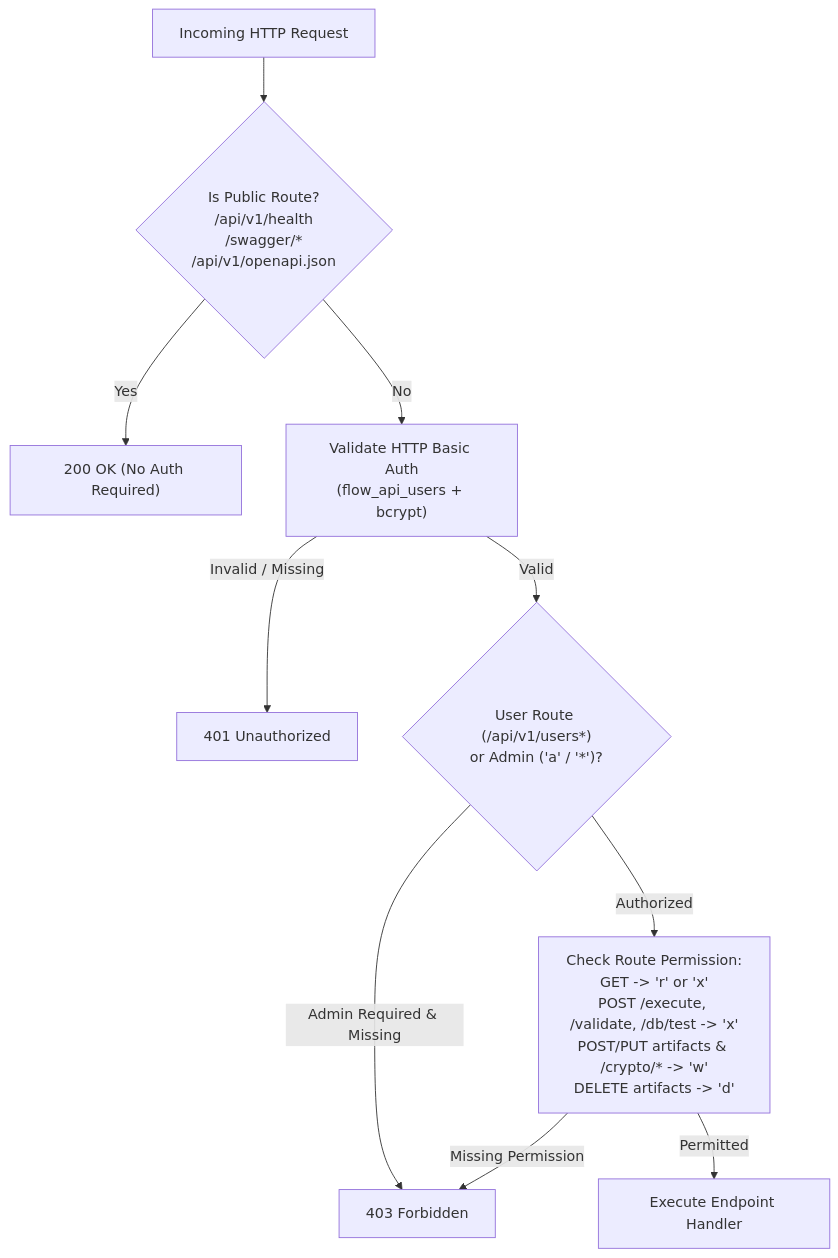
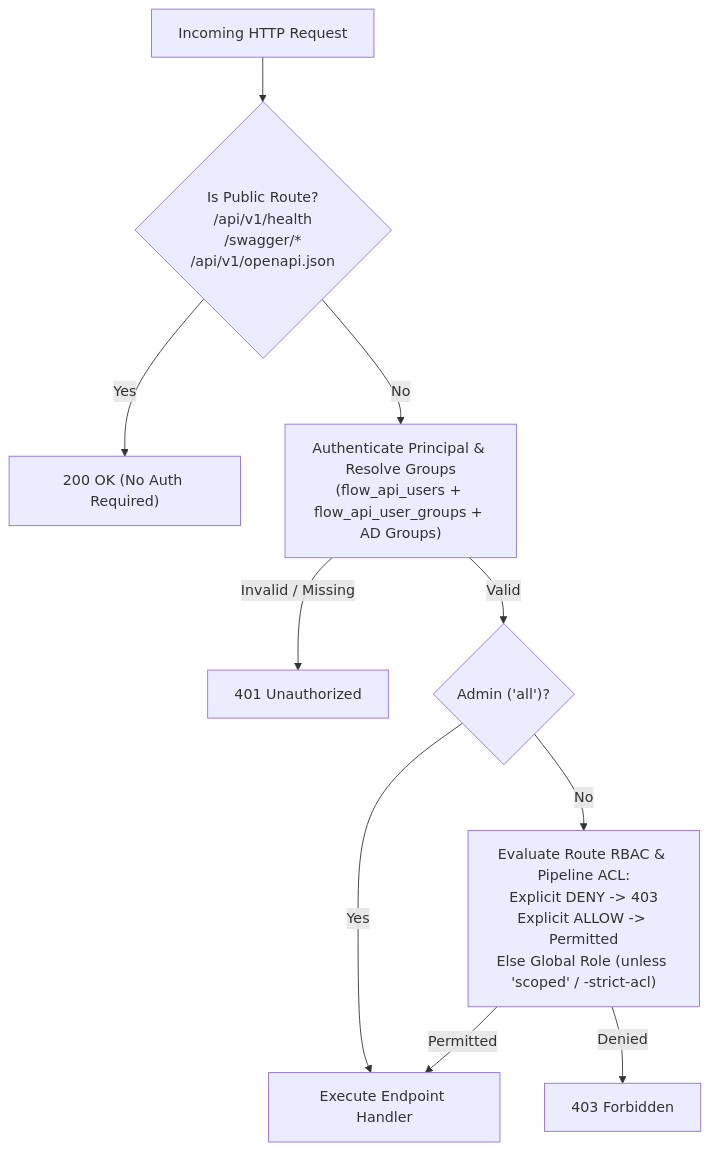
One commit to etl-madness/go-flowAPI changed the fifth of 6 diagrams in docs/index.md. Above: the diagram before and after it, drawn with Mermaid. The commit also changed other lines of this file and 16 other files, not shown here.

````diff
--- a/docs/index.md
+++ b/docs/index.md
@@ -252,12 +255,12 @@
 ```mermaid
 flowchart TD
     Req["Incoming HTTP Request"] --> Public{"Is Public Route?\n/api/v1/health\n/swagger/*\n/api/v1/openapi.json"}
     Public -- "Yes" --> Allow["200 OK (No Auth Required)"]
-    Public -- "No" --> Basic["Validate HTTP Basic Auth\n(flow_api_users + bcrypt)"]
+    Public -- "No" --> Basic["Authenticate Principal & Resolve Groups\n(flow_api_users + flow_api_user_groups + AD Groups)"]
     Basic -- "Invalid / Missing" --> Deny401["401 Unauthorized"]
-    Basic -- "Valid" --> AdminCheck{"User Route (/api/v1/users*)\nor Admin ('a' / '*')?"}
-    AdminCheck -- "Admin Required & Missing" --> Deny403["403 Forbidden"]
-    AdminCheck -- "Authorized" --> MethodPerm["Check Route Permission:\nGET -> 'r' or 'x'\nPOST /execute, /validate, /db/test -> 'x'\nPOST/PUT artifacts & /crypto/* -> 'w'\nDELETE artifacts -> 'd'"]
-    MethodPerm -- "Permitted" --> Handler["Execute Endpoint Handler"]
-    MethodPerm -- "Missing Permission" --> Deny403
+    Basic -- "Valid" --> AdminCheck{"Admin ('all')?"}
+    AdminCheck -- "Yes" --> Handler["Execute Endpoint Handler"]
+    AdminCheck -- "No" --> EvalPerm["Evaluate Route RBAC & Pipeline ACL:\nExplicit DENY -> 403\nExplicit ALLOW -> Permitted\nElse Global Role (unless 'scoped' / -strict-acl)"]
+    EvalPerm -- "Permitted" --> Handler
+    EvalPerm -- "Denied" --> Deny403["403 Forbidden"]
 ```
````
